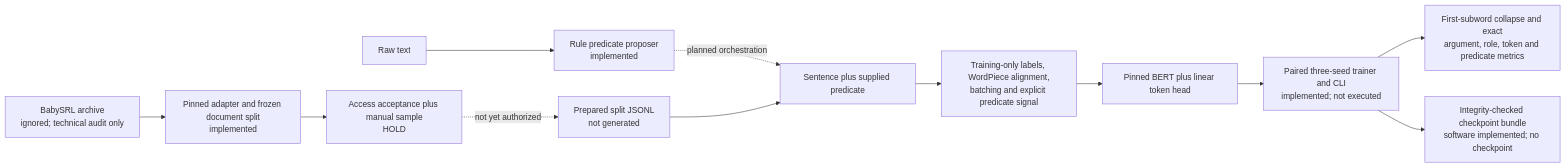
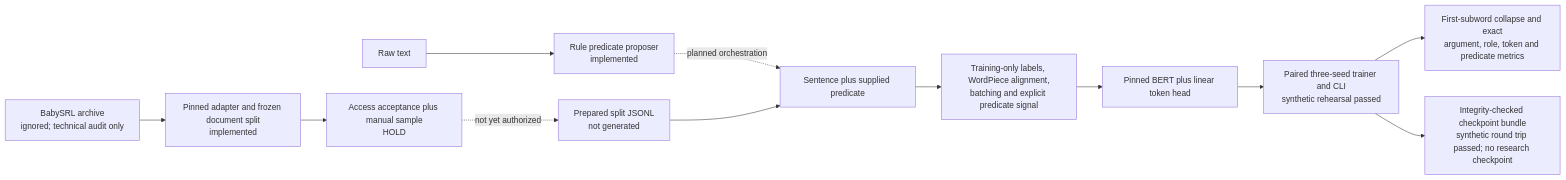
Before and after one commit to ayo-aa/semantic-action-extractor: the diagram in README.md, drawn with Mermaid. The commit also changed other lines of this file and 6 other files, not shown here.

````diff
--- a/README.md
+++ b/README.md
@@ -79,14 +82,14 @@
 ```mermaid
 flowchart LR
     A["Raw text"] --> B["Rule predicate proposer<br/>implemented"]
     B -.->|planned orchestration| C["Sentence plus supplied predicate"]
     D["BabySRL archive<br/>ignored; technical audit only"] --> E["Pinned adapter and frozen document split<br/>implemented"]
     E --> F["Access acceptance plus manual sample<br/>HOLD"]
     F -.->|not yet authorized| G["Prepared split JSONL<br/>not generated"]
     G --> C
     C --> H["Training-only labels, WordPiece alignment,<br/>batching and explicit predicate signal"]
     H --> I["Pinned BERT plus linear token head"]
-    I --> J["Paired three-seed trainer and CLI<br/>implemented; not executed"]
+    I --> J["Paired three-seed trainer and CLI<br/>synthetic rehearsal passed"]
     J --> K["First-subword collapse and exact<br/>argument, role, token and predicate metrics"]
-    J --> L["Integrity-checked checkpoint bundle<br/>software implemented; no checkpoint"]
+    J --> L["Integrity-checked checkpoint bundle<br/>synthetic round trip passed; no research checkpoint"]
 ```
````
